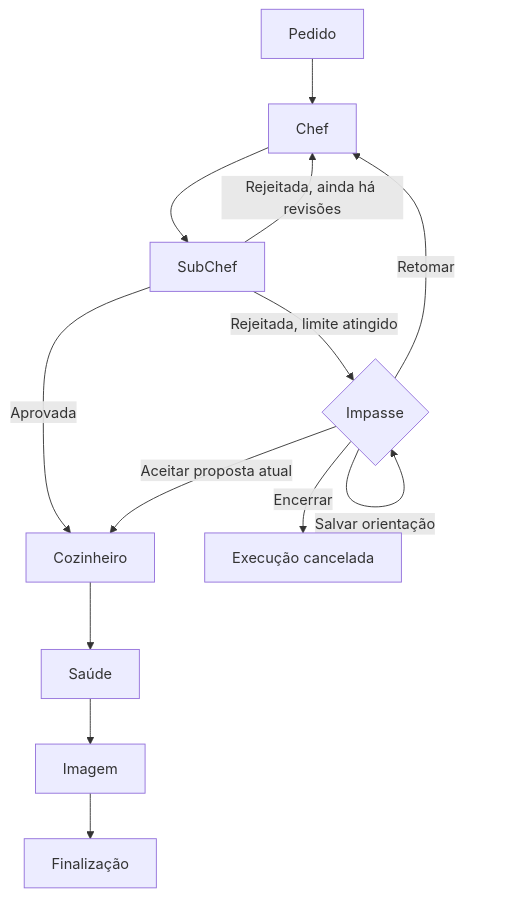
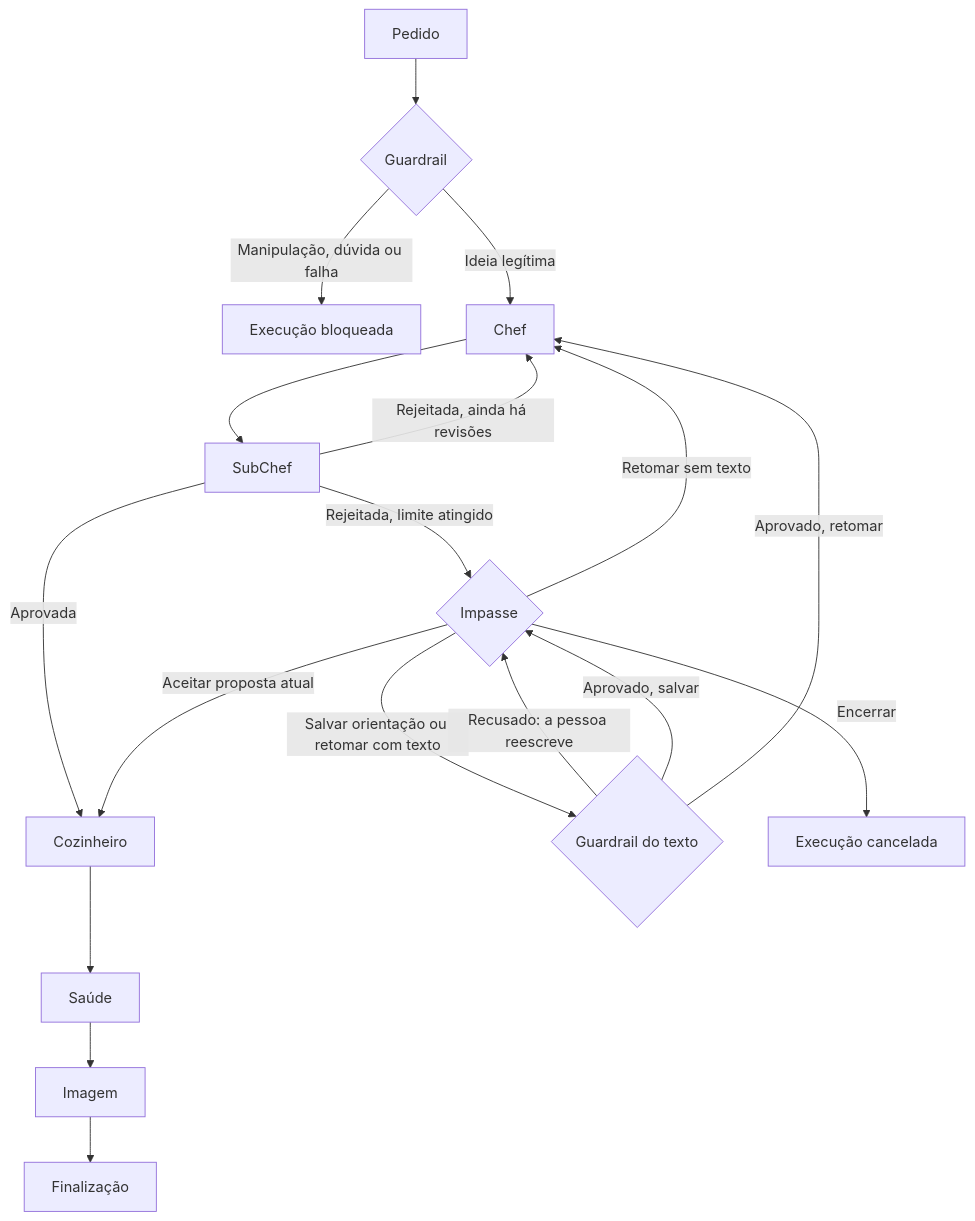
Before and after one commit to Caio-GBrayner/Coxinh.IA: the diagram in README.md, drawn with Mermaid. The commit also changed other lines of this file, not shown here.

First line of the commit message:
docs(readme): guardrail no fluxo, nas variáveis e nos exemplos

````diff
--- a/README.md
+++ b/README.md
@@ -111,15 +112,20 @@
 ```mermaid
 flowchart TD
-    P[Pedido] --> C[Chef]
+    P[Pedido] --> G{Guardrail}
+    G -->|Manipulação, dúvida ou falha| B[Execução bloqueada]
+    G -->|Ideia legítima| C[Chef]
     C --> S[SubChef]
     S -->|Aprovada| K[Cozinheiro]
     S -->|Rejeitada, ainda há revisões| C
     S -->|Rejeitada, limite atingido| I{Impasse}
-    I -->|Salvar orientação| I
-    I -->|Retomar| C
+    I -->|Salvar orientação ou retomar com texto| T{Guardrail do texto}
+    I -->|Retomar sem texto| C
+    T -->|Recusado: a pessoa reescreve| I
+    T -->|Aprovado, salvar| I
+    T -->|Aprovado, retomar| C
     I -->|Aceitar proposta atual| K
     I -->|Encerrar| X[Execução cancelada]
     K --> H[Saúde]
     H --> M[Imagem]
     M --> F[Finalização]
 ```
````
